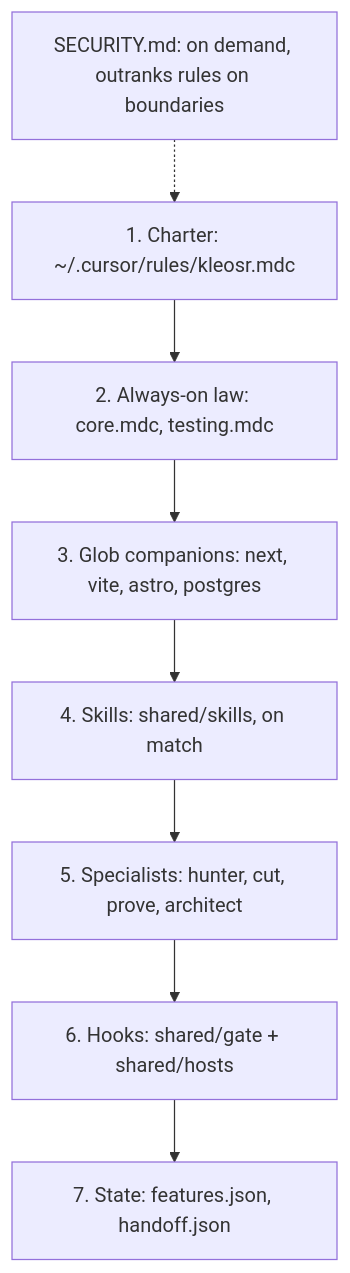
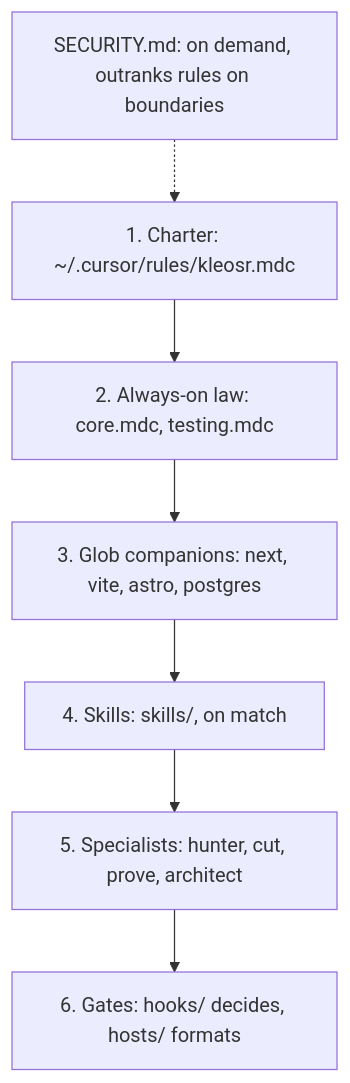
The diagram in README.md (kleosr/bridle), drawn with Mermaid before and after one commit. The commit also changed other lines of this file and 129 other files, not shown here.

````diff
--- a/README.md
+++ b/README.md
@@ -101,10 +73,9 @@
 ```mermaid
 graph TD
   A["1. Charter: ~/.cursor/rules/kleosr.mdc"] --> B["2. Always-on law: core.mdc, testing.mdc"]
   B --> C["3. Glob companions: next, vite, astro, postgres"]
-  C --> D["4. Skills: shared/skills, on match"]
+  C --> D["4. Skills: skills/, on match"]
   D --> E["5. Specialists: hunter, cut, prove, architect"]
-  E --> F["6. Hooks: shared/gate + shared/hosts"]
-  F --> G["7. State: features.json, handoff.json"]
+  E --> F["6. Gates: hooks/ decides, hosts/ formats"]
   H["SECURITY.md: on demand, outranks rules on boundaries"] -.-> A
 ```
````
